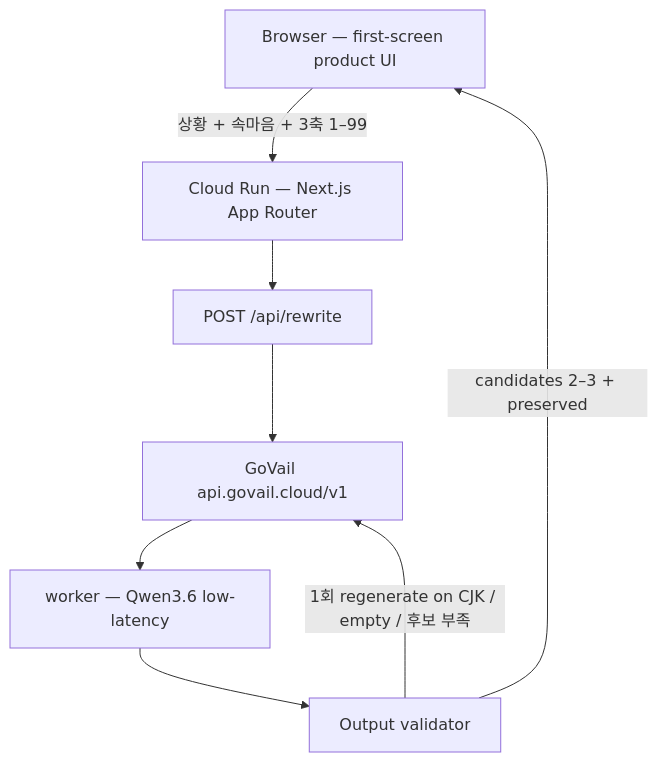
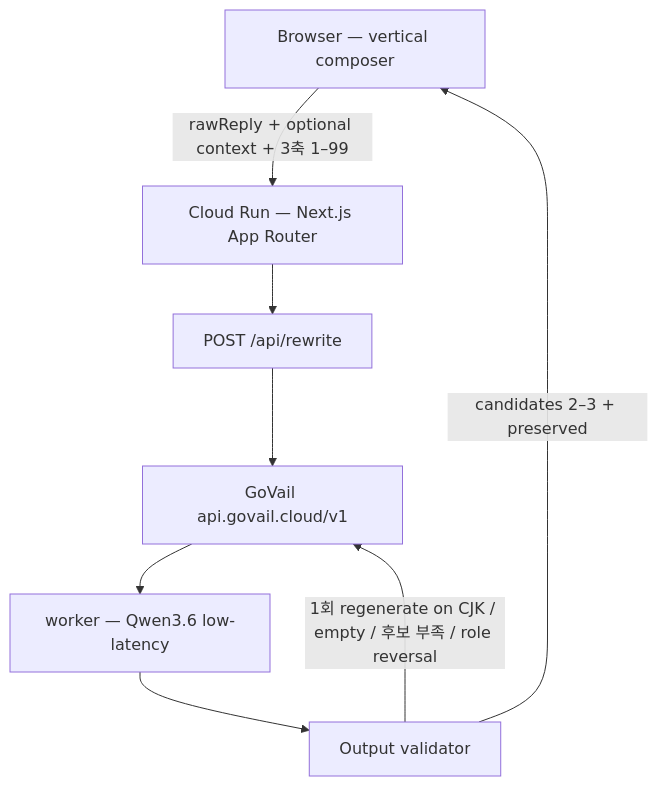
The diagram in architecture.md (devcy0922/office-tone), drawn with Mermaid before and after one commit. The commit also changed other lines of this file and 21 other files, not shown here.

````diff
--- a/architecture.md
+++ b/architecture.md
@@ -3,17 +3,17 @@
 ```mermaid
 flowchart TD
-  Browser["Browser — first-screen product UI"]
+  Browser["Browser — vertical composer"]
   Next["Cloud Run — Next.js App Router"]
   Rewrite["POST /api/rewrite"]
   Validator["Output validator"]
   GoVail["GoVail api.govail.cloud/v1"]
   Worker["worker — Qwen3.6 low-latency"]
 
-  Browser -->|"상황 + 속마음 + 3축 1–99"| Next
+  Browser -->|"rawReply + optional context + 3축 1–99"| Next
   Next --> Rewrite
   Rewrite --> GoVail
   GoVail --> Worker
   Worker --> Validator
-  Validator -->|"1회 regenerate on CJK / empty / 후보 부족"| GoVail
+  Validator -->|"1회 regenerate on CJK / empty / 후보 부족 / role reversal"| GoVail
   Validator -->|"candidates 2–3 + preserved"| Browser
 ```
````
